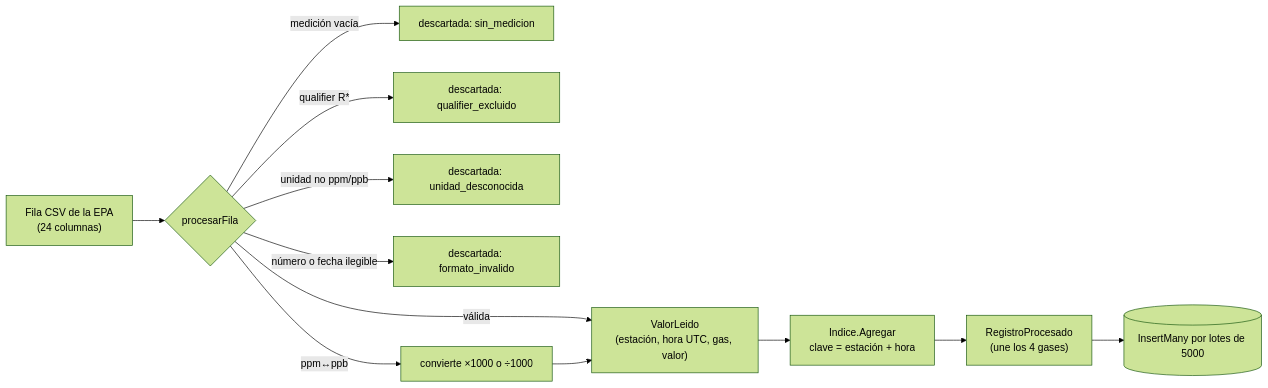
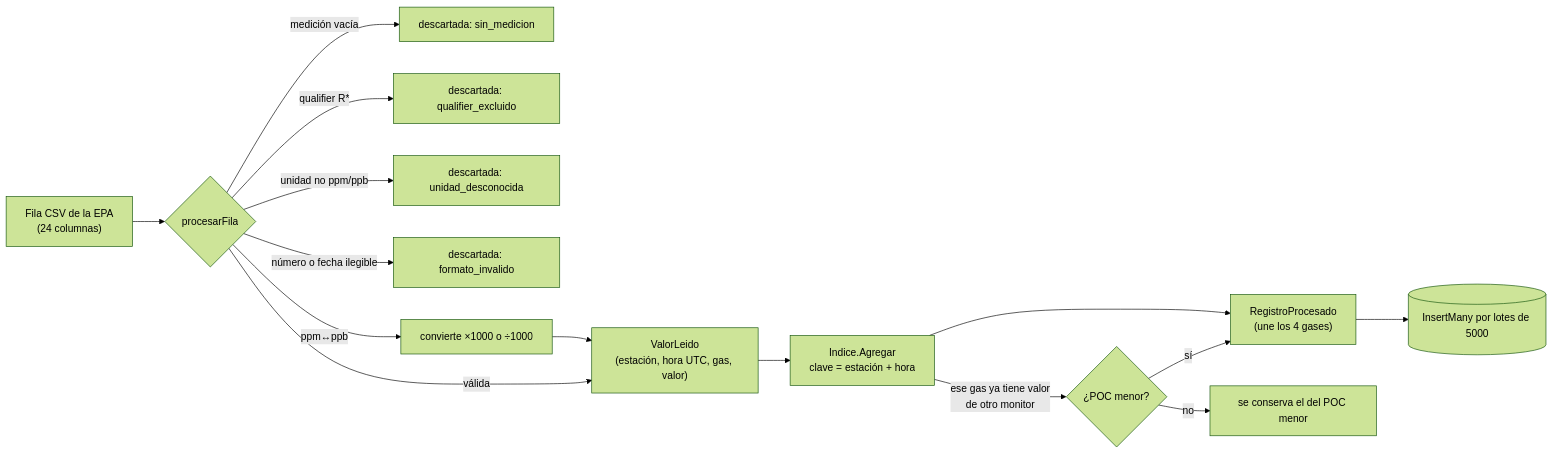
One commit to angelogp27/SACA changed the fourth of 9 diagrams in docs/arquitectura.md. Above: the diagram before and after it, drawn with Mermaid (forest theme). The commit also changed other lines of this file and 1 other file, not shown here.

Commit message:
docs: regla de monitores repetidos (POC) en el contrato y en el flujo de una fila

````diff
--- a/docs/arquitectura.md
+++ b/docs/arquitectura.md
@@ -146,14 +146,17 @@
 ```mermaid
 flowchart LR
     F["Fila CSV de la EPA<br/>(24 columnas)"] --> P{"procesarFila"}
     P -->|medición vacía| D1[descartada: sin_medicion]
     P -->|qualifier R*| D2[descartada: qualifier_excluido]
     P -->|unidad no ppm/ppb| D3[descartada: unidad_desconocida]
     P -->|número o fecha ilegible| D4[descartada: formato_invalido]
     P -->|ppm↔ppb| CONV[convierte ×1000 o ÷1000]
     P -->|válida| V["ValorLeido<br/>(estación, hora UTC, gas, valor)"]
     CONV --> V
     V --> IX["Indice.Agregar<br/>clave = estación + hora"]
+    IX -->|"ese gas ya tiene valor<br/>de otro monitor"| POC{"¿POC menor?"}
+    POC -->|sí| R
+    POC -->|no| IGN[se conserva el del POC menor]
     IX --> R["RegistroProcesado<br/>(une los 4 gases)"]
     R --> M[("InsertMany por lotes de 5000")]
 ```
````
